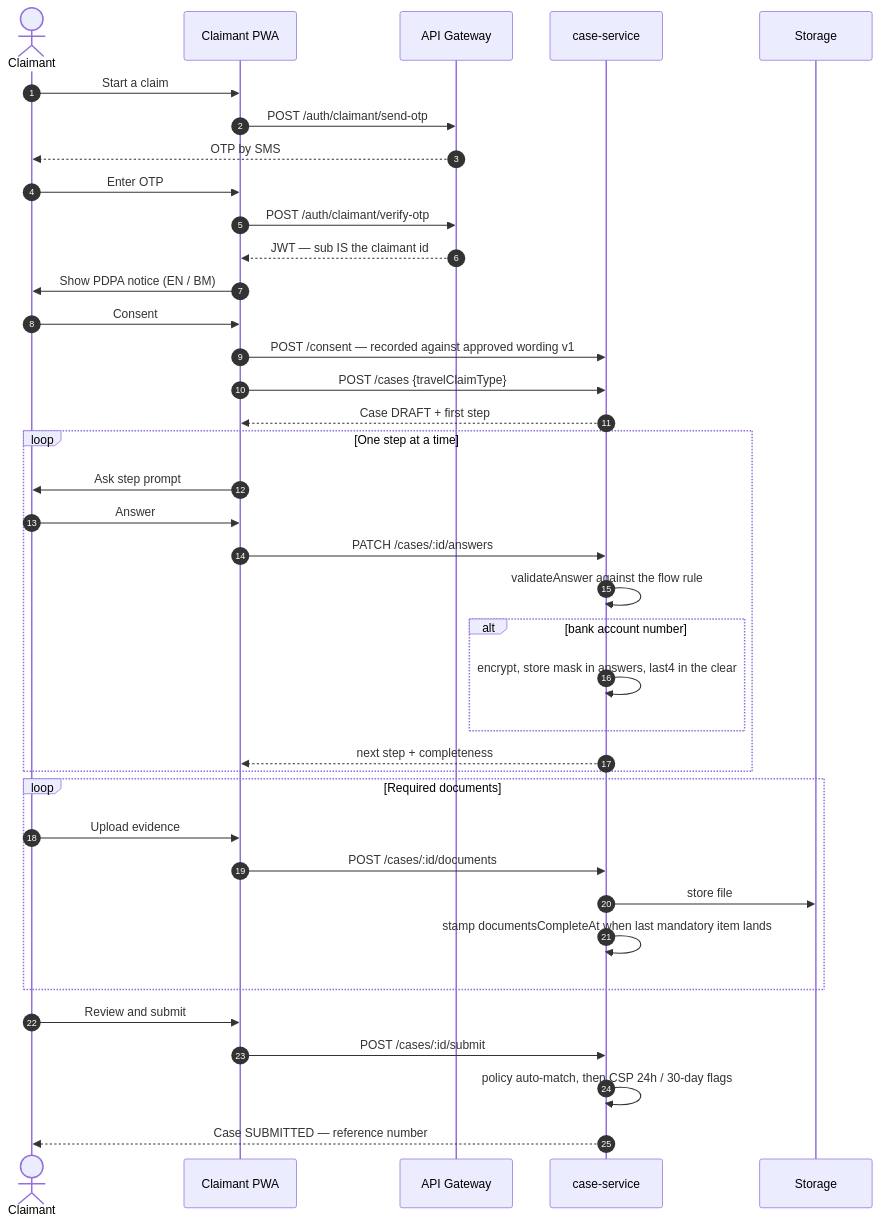
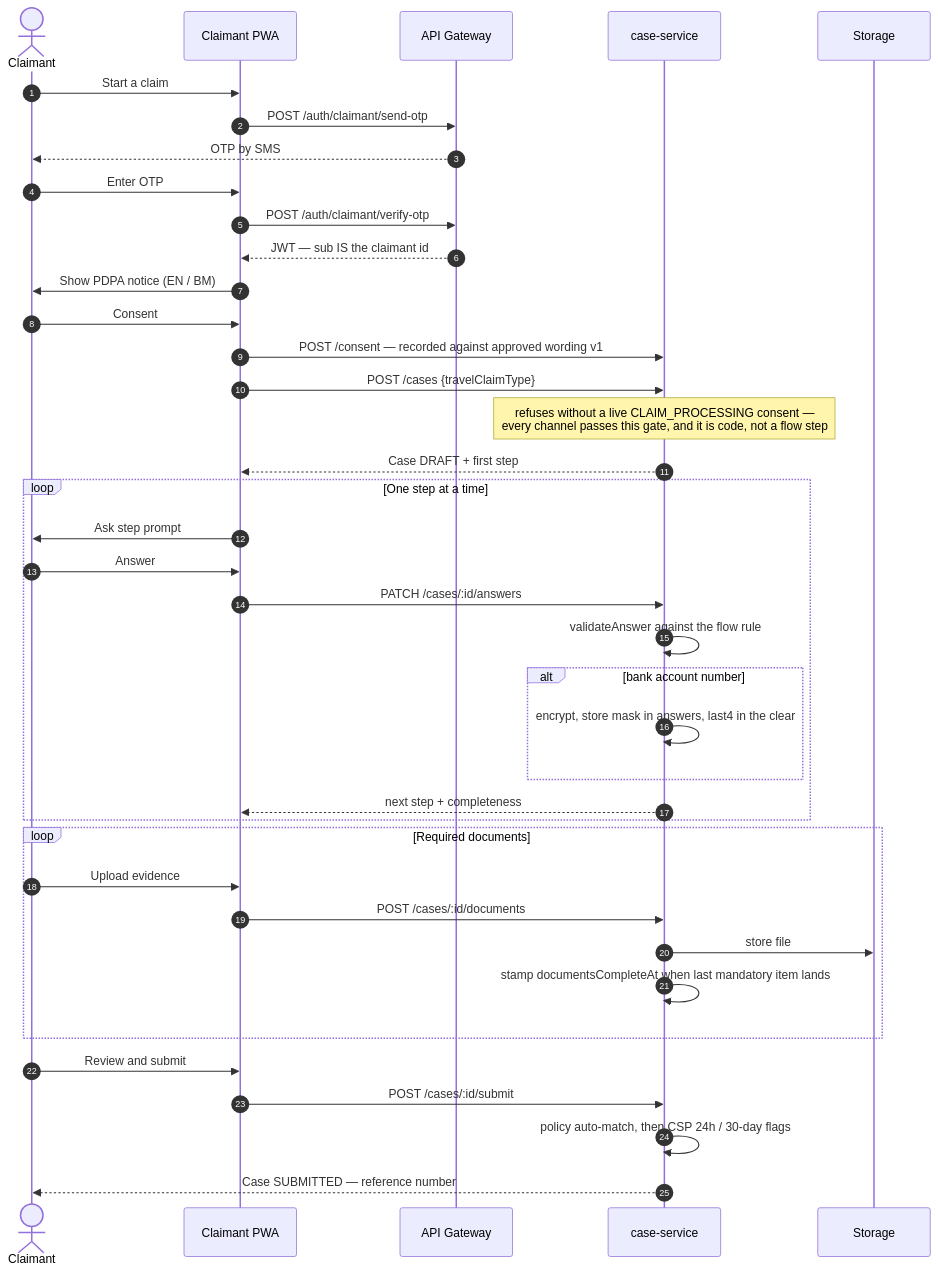
One commit to leobarcove/true-claim-insight changed the third of 11 diagrams in docs/USER_FLOWS.md. Above: the diagram before and after it, drawn with Mermaid. The commit also changed other lines of this file and 3 other files, not shown here.

````diff
--- a/docs/USER_FLOWS.md
+++ b/docs/USER_FLOWS.md
@@ -157,46 +164,47 @@
 ```mermaid
 sequenceDiagram
     autonumber
     actor CL as Claimant
     participant PWA as Claimant PWA
     participant GW as API Gateway
     participant CS as case-service
     participant ST as Storage
 
     CL->>PWA: Start a claim
     PWA->>GW: POST /auth/claimant/send-otp
     GW-->>CL: OTP by SMS
     CL->>PWA: Enter OTP
     PWA->>GW: POST /auth/claimant/verify-otp
     GW-->>PWA: JWT — sub IS the claimant id
 
     PWA->>CL: Show PDPA notice (EN / BM)
     CL->>PWA: Consent
     PWA->>CS: POST /consent — recorded against approved wording v1
 
     PWA->>CS: POST /cases {travelClaimType}
+    note over CS: refuses without a live CLAIM_PROCESSING consent —<br/>every channel passes this gate, and it is code, not a flow step
     CS-->>PWA: Case DRAFT + first step
 
     loop One step at a time
         PWA->>CL: Ask step prompt
         CL->>PWA: Answer
         PWA->>CS: PATCH /cases/:id/answers
         CS->>CS: validateAnswer against the flow rule
         alt bank account number
             CS->>CS: encrypt, store mask in answers, last4 in the clear
         end
         CS-->>PWA: next step + completeness
     end
 
     loop Required documents
         CL->>PWA: Upload evidence
         PWA->>CS: POST /cases/:id/documents
         CS->>ST: store file
         CS->>CS: stamp documentsCompleteAt when last mandatory item lands
     end
 
     CL->>PWA: Review and submit
     PWA->>CS: POST /cases/:id/submit
     CS->>CS: policy auto-match, then CSP 24h / 30-day flags
     CS-->>CL: Case SUBMITTED — reference number
 ```
````
